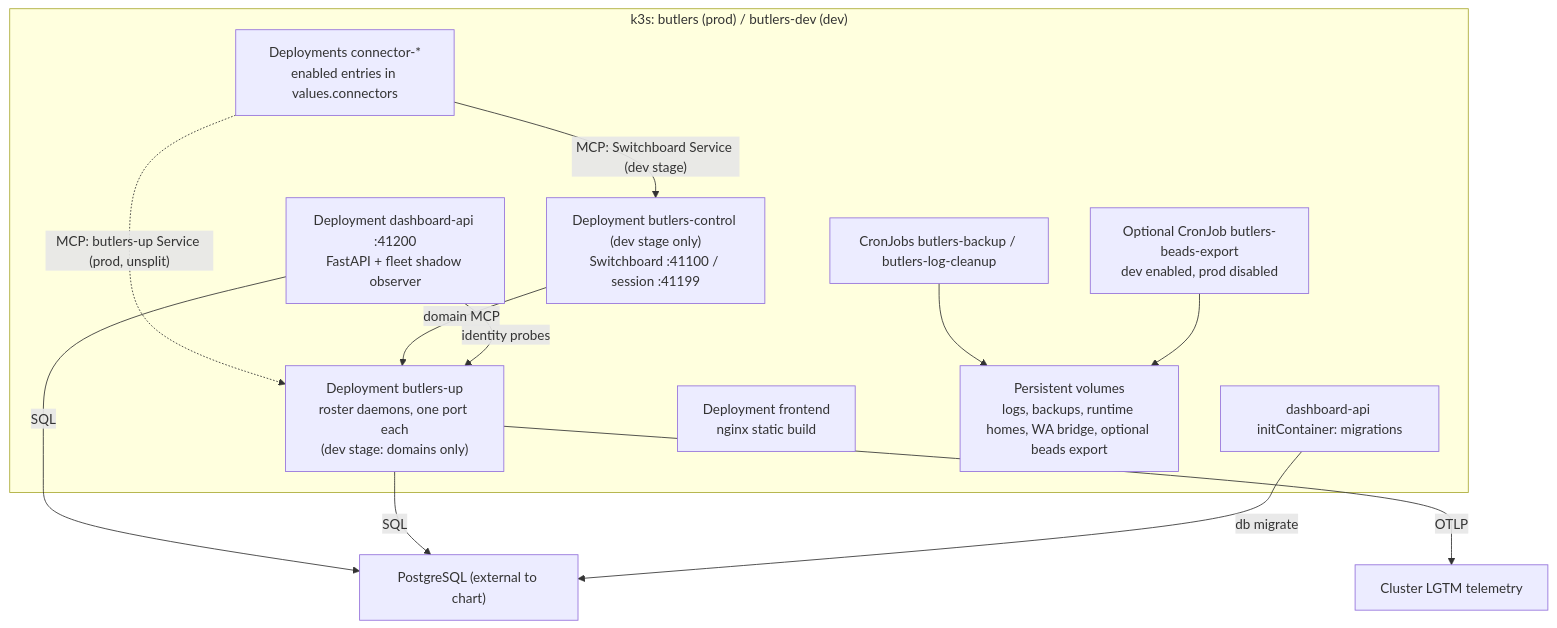
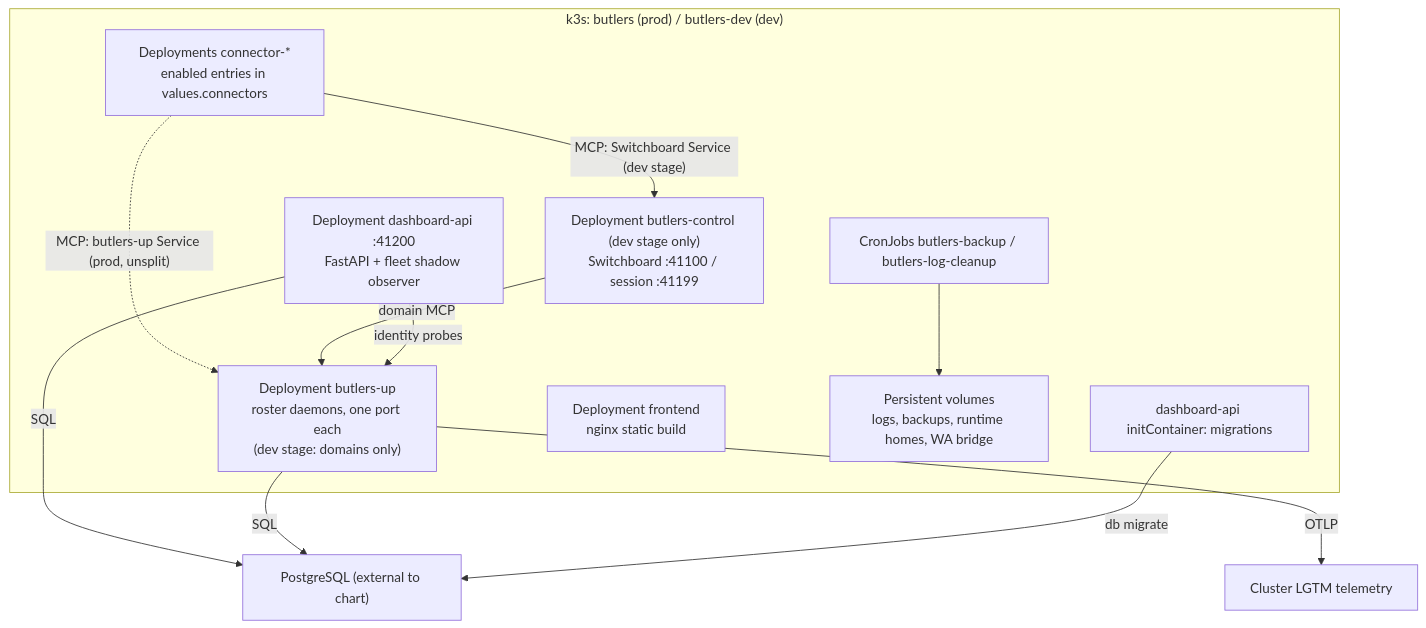
The diagram in about/lay-and-land/deployment.md (tzeusy-org/butlers), drawn with Mermaid before and after one commit. The commit also changed 58 other files, not shown here.

````diff
--- a/about/lay-and-land/deployment.md
+++ b/about/lay-and-land/deployment.md
@@ -18,26 +18,24 @@
 ```mermaid
 graph TB
     subgraph K3S["k3s: butlers (prod) / butlers-dev (dev)"]
         UP["Deployment butlers-up<br/>roster daemons, one port each<br/>(dev stage: domains only)"]
         CONTROL["Deployment butlers-control (dev stage only)<br/>Switchboard :41100 / session :41199"]
         Conn["Deployments connector-*<br/>enabled entries in values.connectors"]
         API["Deployment dashboard-api :41200<br/>FastAPI + fleet shadow observer"]
         MIG["dashboard-api initContainer: migrations"]
         Front["Deployment frontend<br/>nginx static build"]
         Jobs["CronJobs butlers-backup / butlers-log-cleanup"]
-        Beads["Optional CronJob butlers-beads-export<br/>dev enabled, prod disabled"]
-        PVC["Persistent volumes<br/>logs, backups, runtime homes, WA bridge, optional beads export"]
+        PVC["Persistent volumes<br/>logs, backups, runtime homes, WA bridge"]
     end
     PG["PostgreSQL (external to chart)"]
     OTel["Cluster LGTM telemetry"]
     Conn -- "MCP: Switchboard Service (dev stage)" --> CONTROL
     Conn -. "MCP: butlers-up Service (prod, unsplit)" .-> UP
     CONTROL -- "domain MCP" --> UP
     API -- "identity probes" --> UP
     API -- "SQL" --> PG
     UP -- "SQL" --> PG
     MIG -- "db migrate" --> PG
     Jobs --> PVC
-    Beads --> PVC
     UP -- "OTLP" --> OTel
 ```
````
